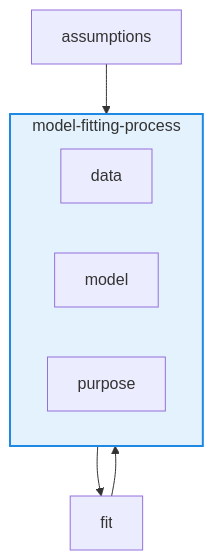
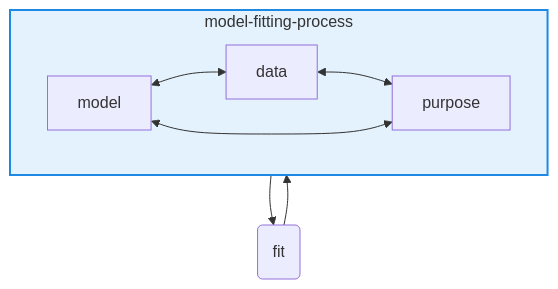
Before and after one commit to mstasinopoulos/GrossaryForDR: the third of 15 diagrams in Glossary of distributional regression.qmd, drawn with Mermaid. The commit also changed other lines of this file, not shown here.

````diff
--- a/Glossary of distributional regression.qmd
+++ b/Glossary of distributional regression.qmd
@@ -1155,16 +1162,19 @@
 ```{mermaid}
 %%| fig-width: 5
 %%| label: fig-fit
 %%| fig-cap: "The model fitting process needs both data and model which to conform with the purpose of the study  "
 flowchart TB
   subgraph model-fitting-process
    style model-fitting-process fill:#e3f2fd,stroke:#1e88e5,stroke-width:2px
     direction LR
     D[data]
     M[model]
     P[purpose]
   end
-  A[assumptions] --> M
-  M --> F[fit]
+  M --> F(fit)
+  
+  M <--> D
+  D <--> P
+  M <--> P
   F --> P
 ```
````
